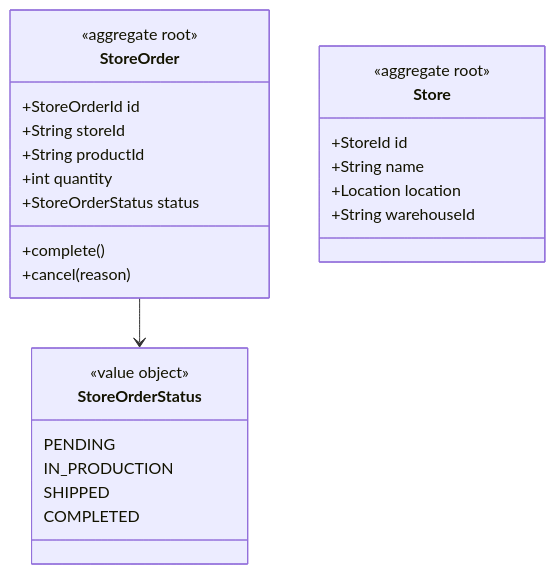
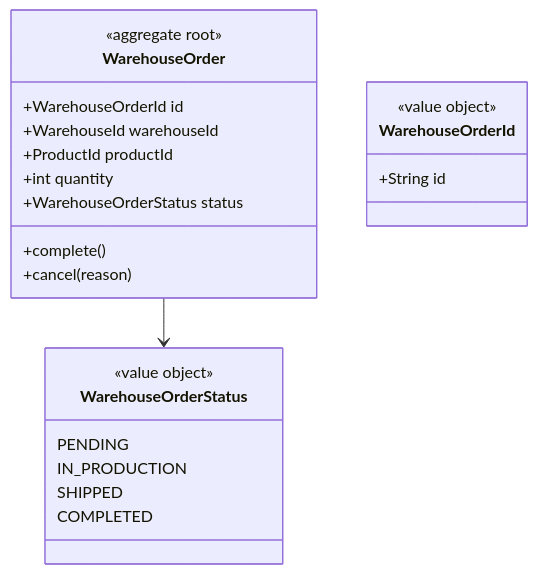
One commit to PauLopNun/workshop-suministros changed the fourth of 6 diagrams in production/ddd.md. Above: the diagram before and after it, drawn with Mermaid. The commit also changed other lines of this file, not shown here.

````diff
--- a/production/ddd.md
+++ b/production/ddd.md
@@ -99,28 +115,25 @@
 ```mermaid
 classDiagram
-    class StoreOrder {
+    class WarehouseOrder {
         <<aggregate root>>
-        +StoreOrderId id
-        +String storeId
-        +String productId
+        +WarehouseOrderId id
+        +WarehouseId warehouseId
+        +ProductId productId
         +int quantity
-        +StoreOrderStatus status
+        +WarehouseOrderStatus status
         +complete()
         +cancel(reason)
     }
-    class Store {
-        <<aggregate root>>
-        +StoreId id
-        +String name
-        +Location location
-        +String warehouseId
+    class WarehouseOrderId {
+        <<value object>>
+        +String id
     }
-    class StoreOrderStatus {
+    class WarehouseOrderStatus {
         <<value object>>
         PENDING
         IN_PRODUCTION
         SHIPPED
         COMPLETED
     }
-    StoreOrder --> StoreOrderStatus
+    WarehouseOrder --> WarehouseOrderStatus
 ```
````
